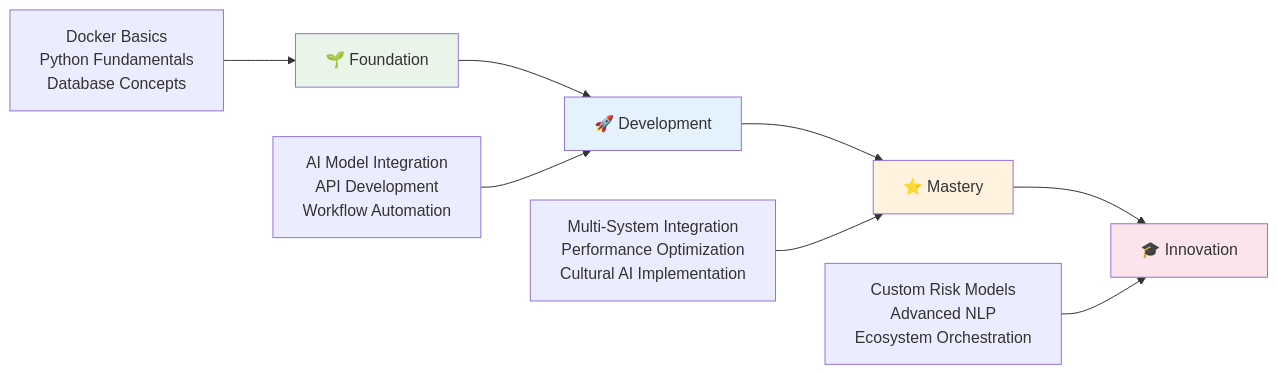
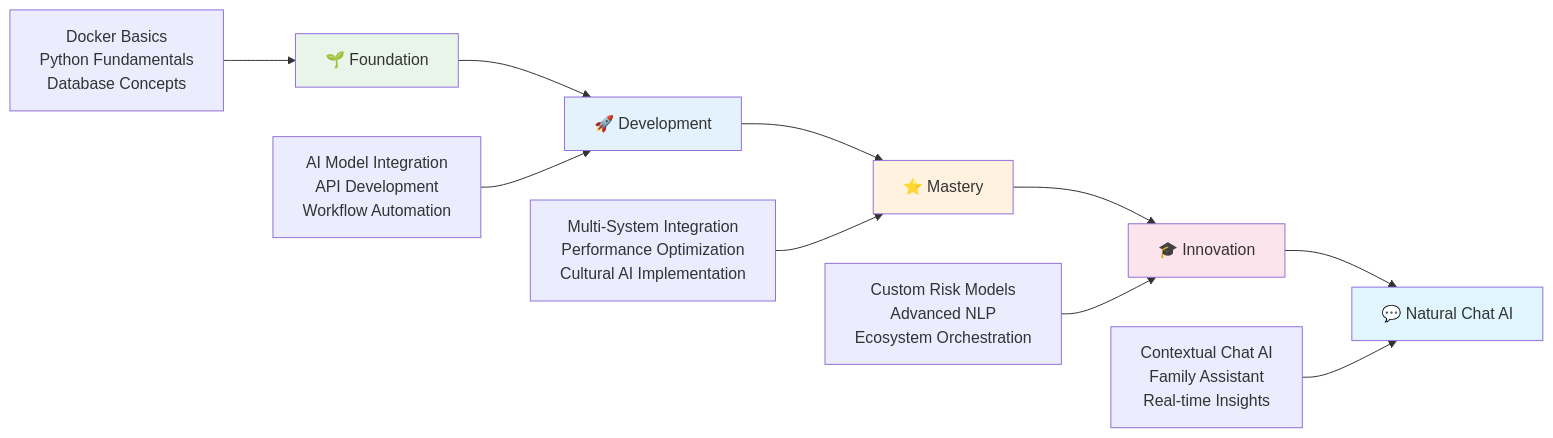
One commit to Logulokesh/KinAI-Ecosystem changed the sixth of 7 diagrams in README.md. Above: the diagram before and after it, drawn with Mermaid. The commit also changed other lines of this file, not shown here.

````diff
--- a/README.md
+++ b/README.md
@@ -443,16 +575,19 @@
 ```mermaid
 graph LR
     A[🌱 Foundation] --> B[🚀 Development]
     B --> C[⭐ Mastery]
     C --> D[🎓 Innovation]
+    D --> E[💬 Natural Chat AI]
     
     A1[Docker Basics<br/>Python Fundamentals<br/>Database Concepts] --> A
     B1[AI Model Integration<br/>API Development<br/>Workflow Automation] --> B
     C1[Multi-System Integration<br/>Performance Optimization<br/>Cultural AI Implementation] --> C
     D1[Custom Risk Models<br/>Advanced NLP<br/>Ecosystem Orchestration] --> D
+    E1[Contextual Chat AI<br/>Family Assistant<br/>Real-time Insights] --> E
     
     style A fill:#e8f5e8
     style B fill:#e3f2fd
     style C fill:#fff3e0
     style D fill:#fce4ec
+    style E fill:#e1f5fe
 ```
````
